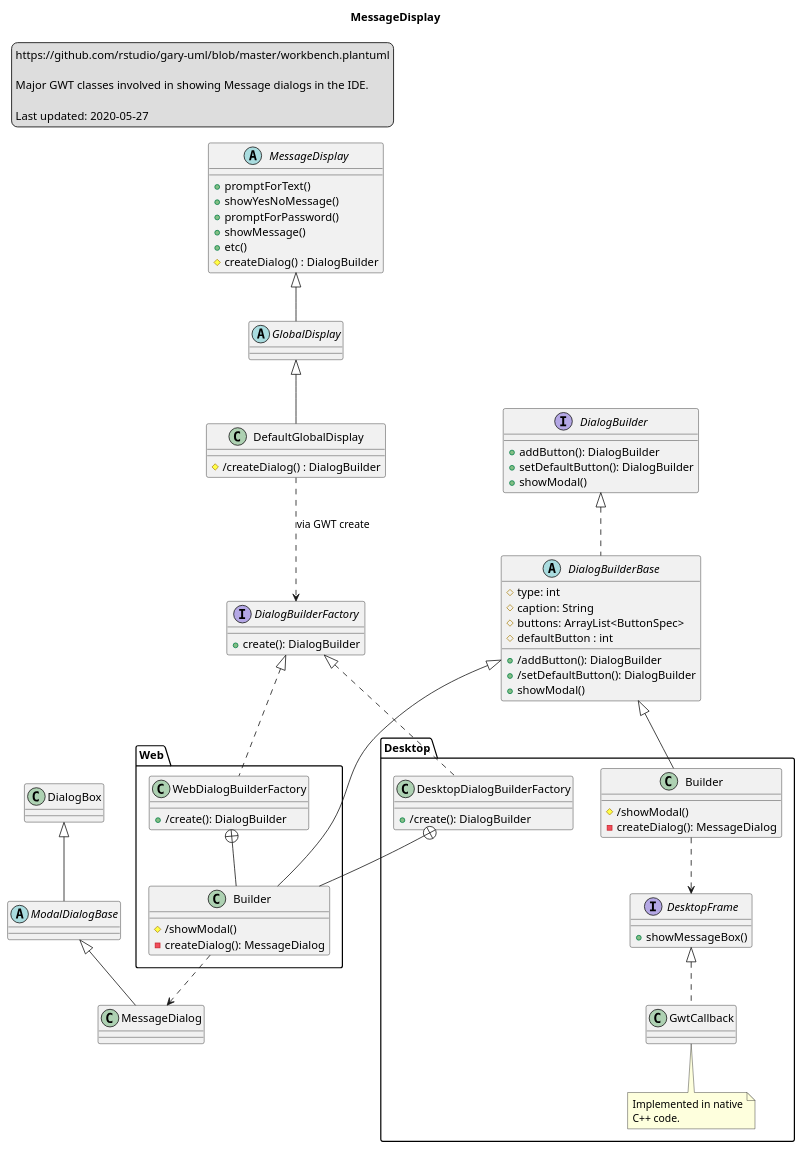
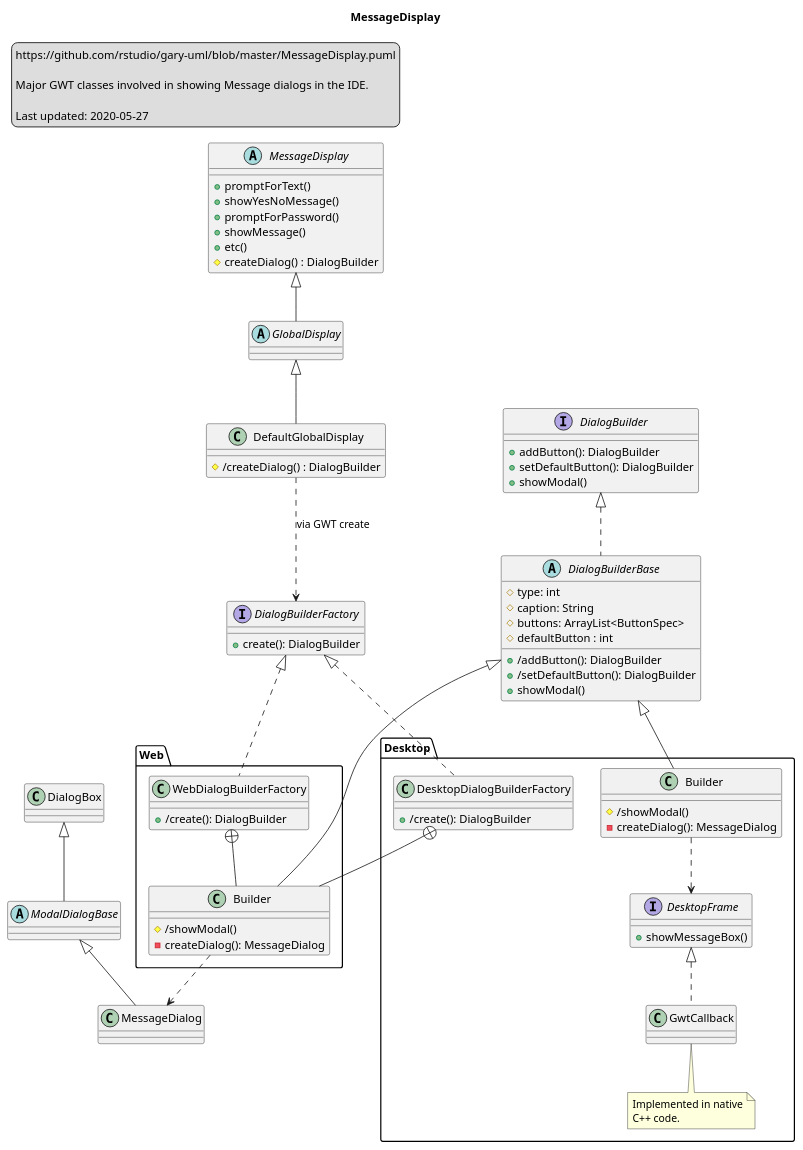
One commit to isabella232/gary-uml changed the diagram in MessageDisplay.puml. Above: the diagram before and after it, drawn with PlantUML. The commit also changed 3 other files, not shown here.

```diff
--- a/MessageDisplay.puml
+++ b/MessageDisplay.puml
@@ -1,85 +1,85 @@
 @startuml
 title MessageDisplay
 
 legend top left
-https://github.com/rstudio/gary-uml/blob/master/workbench.plantuml
+https://github.com/rstudio/gary-uml/blob/master/MessageDisplay.puml
 
 Major GWT classes involved in showing Message dialogs in the IDE.
 
 Last updated: 2020-05-27
 endlegend
 
 abstract class ModalDialogBase extends DialogBox
 class MessageDialog extends ModalDialogBase
 
 interface DialogBuilder {
     + addButton(): DialogBuilder
     + setDefaultButton(): DialogBuilder
     + showModal()
 }
 
 abstract class DialogBuilderBase implements DialogBuilder {
     + /addButton(): DialogBuilder
     + /setDefaultButton(): DialogBuilder
     + showModal()
     # type: int
     # caption: String
     # buttons: ArrayList<ButtonSpec>
     # defaultButton : int
 }
 
 interface DialogBuilderFactory {
     + create(): DialogBuilder
 }
 
 namespace Web {
     class WebDialogBuilderFactory implements .DialogBuilderFactory {
         +/create(): DialogBuilder
     }
     WebDialogBuilderFactory +-- Builder
 
     class Builder extends .DialogBuilderBase {
         # /showModal()
         - createDialog(): MessageDialog
     }
 
     Builder ..> .MessageDialog
 }
 
 namespace Desktop {
     interface DesktopFrame {
         + showMessageBox()
     }
 
     class DesktopDialogBuilderFactory implements .DialogBuilderFactory {
         +/create(): DialogBuilder
     }
     DesktopDialogBuilderFactory +-- Builder
 
     class Builder extends .DialogBuilderBase {
         # /showModal()
         - createDialog(): MessageDialog
     }
     Builder ..> DesktopFrame
 
     class GwtCallback implements DesktopFrame
     note bottom of GwtCallback : Implemented in native\nC++ code.
 }
 
 abstract class MessageDisplay {
     +promptForText()
     +showYesNoMessage()
     +promptForPassword()
     +showMessage()
     +etc()
     #createDialog() : DialogBuilder
 }
 
 abstract class GlobalDisplay extends MessageDisplay
 
 class DefaultGlobalDisplay extends GlobalDisplay {
    #/createDialog() : DialogBuilder
 }
 DefaultGlobalDisplay ..> DialogBuilderFactory : via GWT create
 
 @enduml
```
